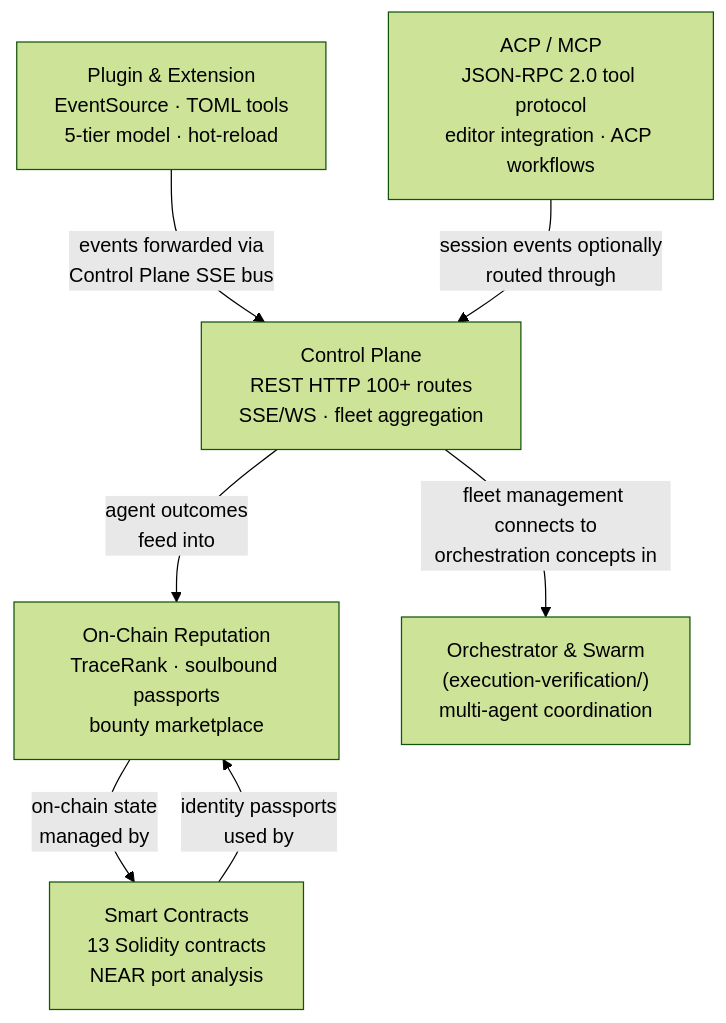
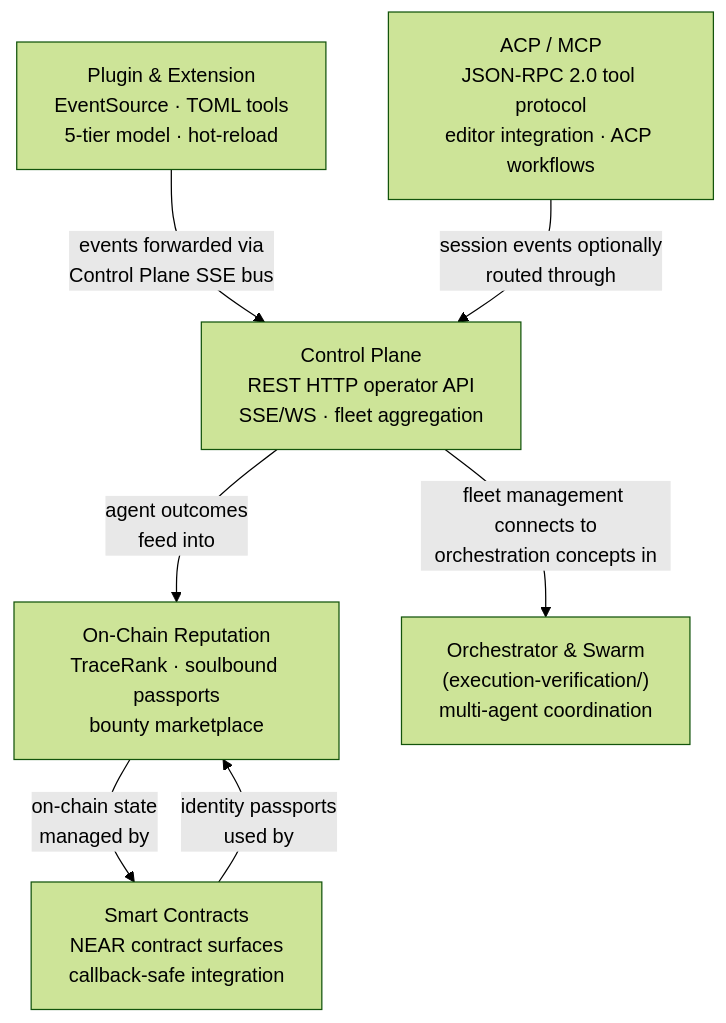
One commit to wpank/ironclaw changed the diagram in tmp/ecosystem/README.md. Above: the diagram before and after it, drawn with Mermaid (forest theme). The commit also changed other lines of this file and 113 other files, not shown here.

First line of the commit message:
Remove ISFR oracle and non-NEAR contract content

````diff
--- a/tmp/ecosystem/README.md
+++ b/tmp/ecosystem/README.md
@@ -53,16 +53,16 @@
 ```mermaid
 graph TD
     PLUGIN["Plugin & Extension\nEventSource · TOML tools\n5-tier model · hot-reload"]
     ACP["ACP / MCP\nJSON-RPC 2.0 tool protocol\neditor integration · ACP workflows"]
-    CTRL["Control Plane\nREST HTTP 100+ routes\nSSE/WS · fleet aggregation"]
+    CTRL["Control Plane\nREST HTTP operator API\nSSE/WS · fleet aggregation"]
     REPUTATION["On-Chain Reputation\nTraceRank · soulbound passports\nbounty marketplace"]
-    CONTRACTS["Smart Contracts\n13 Solidity contracts\nNEAR port analysis"]
+    CONTRACTS["Smart Contracts\nNEAR contract surfaces\ncallback-safe integration"]
     ORCH["Orchestrator & Swarm\n(execution-verification/)\nmulti-agent coordination"]
 
     PLUGIN -->|"events forwarded via\nControl Plane SSE bus"| CTRL
     ACP -->|"session events optionally\nrouted through"| CTRL
     CTRL -->|"fleet management connects to\norchestration concepts in"| ORCH
     CTRL -->|"agent outcomes\nfeed into"| REPUTATION
     REPUTATION -->|"on-chain state\nmanaged by"| CONTRACTS
     CONTRACTS -->|"identity passports\nused by"| REPUTATION
 ```
````
